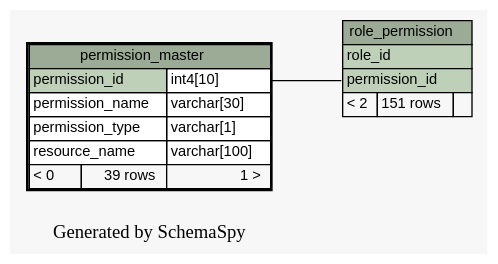
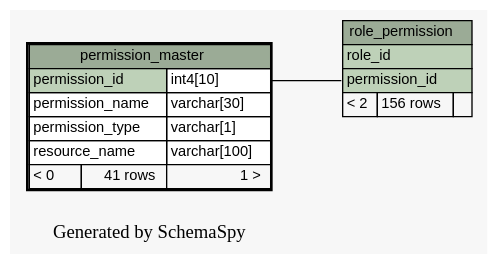
The diagram in docs/database/schemaspy/graphs/permission_master.1degree.dot (engineerscraft/hrms), drawn with Graphviz before and after one commit. The commit also changed 144 other files, not shown here.

```diff
--- a/docs/database/schemaspy/graphs/permission_master.1degree.dot
+++ b/docs/database/schemaspy/graphs/permission_master.1degree.dot
@@ -1,42 +1,42 @@
 // dot 2.38.0 on Windows 8.1 6.3
 digraph "oneDegreeRelationshipsGraph" {
   graph [
     rankdir="RL"
     bgcolor="#f7f7f7"
     label="\nGenerated by SchemaSpy"
     labeljust="l"
   ];
   node [
     fontname="Helvetica"
     fontsize="11"
     shape="plaintext"
   ];
   edge [
     arrowsize="0.8"
   ];
   "role_permission":"permission_id":w -> "permission_master":"permission_id.type":e [arrowtail=crowtee arrowhead=none];
   "permission_master" [
     label=<
     <TABLE BORDER="2" CELLBORDER="1" CELLSPACING="0" BGCOLOR="#ffffff">
       <TR><TD PORT="permission_master.heading" COLSPAN="3" BGCOLOR="#9bab96" ALIGN="CENTER">permission_master</TD></TR>
       <TR><TD PORT="permission_id" COLSPAN="2" BGCOLOR="#bed1b8" ALIGN="LEFT">permission_id</TD><TD PORT="permission_id.type" ALIGN="LEFT">int4[10]</TD></TR>
       <TR><TD PORT="permission_name" COLSPAN="2" ALIGN="LEFT">permission_name</TD><TD PORT="permission_name.type" ALIGN="LEFT">varchar[30]</TD></TR>
       <TR><TD PORT="permission_type" COLSPAN="2" ALIGN="LEFT">permission_type</TD><TD PORT="permission_type.type" ALIGN="LEFT">varchar[1]</TD></TR>
       <TR><TD PORT="resource_name" COLSPAN="2" ALIGN="LEFT">resource_name</TD><TD PORT="resource_name.type" ALIGN="LEFT">varchar[100]</TD></TR>
-      <TR><TD ALIGN="LEFT" BGCOLOR="#f7f7f7">&lt; 0</TD><TD ALIGN="RIGHT" BGCOLOR="#f7f7f7">39 rows</TD><TD ALIGN="RIGHT" BGCOLOR="#f7f7f7">1 &gt;</TD></TR>
+      <TR><TD ALIGN="LEFT" BGCOLOR="#f7f7f7">&lt; 0</TD><TD ALIGN="RIGHT" BGCOLOR="#f7f7f7">41 rows</TD><TD ALIGN="RIGHT" BGCOLOR="#f7f7f7">1 &gt;</TD></TR>
     </TABLE>>
     URL="permission_master.html#"
     tooltip="permission_master"
   ];
   "role_permission" [
     label=<
     <TABLE BORDER="0" CELLBORDER="1" CELLSPACING="0" BGCOLOR="#ffffff">
       <TR><TD PORT="role_permission.heading" COLSPAN="3" BGCOLOR="#9bab96" ALIGN="CENTER">role_permission</TD></TR>
       <TR><TD PORT="role_id" COLSPAN="3" BGCOLOR="#bed1b8" ALIGN="LEFT">role_id</TD></TR>
       <TR><TD PORT="permission_id" COLSPAN="3" BGCOLOR="#bed1b8" ALIGN="LEFT">permission_id</TD></TR>
-      <TR><TD ALIGN="LEFT" BGCOLOR="#f7f7f7">&lt; 2</TD><TD ALIGN="RIGHT" BGCOLOR="#f7f7f7">151 rows</TD><TD ALIGN="RIGHT" BGCOLOR="#f7f7f7">  </TD></TR>
+      <TR><TD ALIGN="LEFT" BGCOLOR="#f7f7f7">&lt; 2</TD><TD ALIGN="RIGHT" BGCOLOR="#f7f7f7">156 rows</TD><TD ALIGN="RIGHT" BGCOLOR="#f7f7f7">  </TD></TR>
     </TABLE>>
     URL="role_permission.html#graph"
     tooltip="role_permission"
   ];
 }
```
